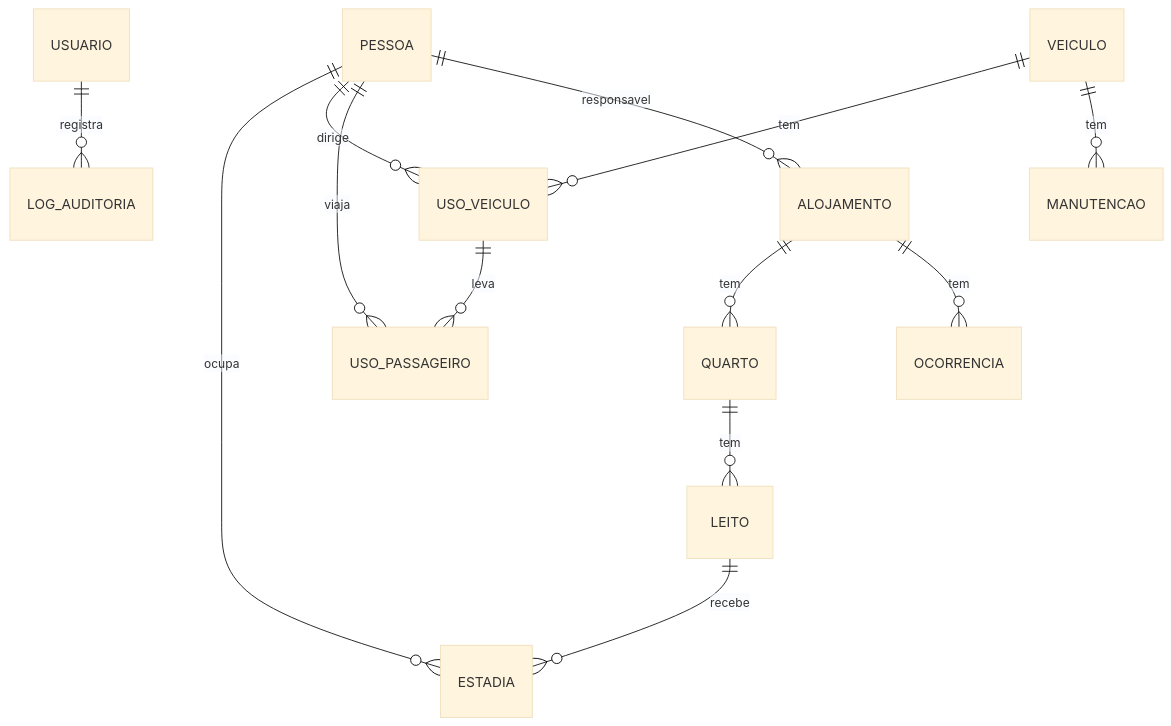
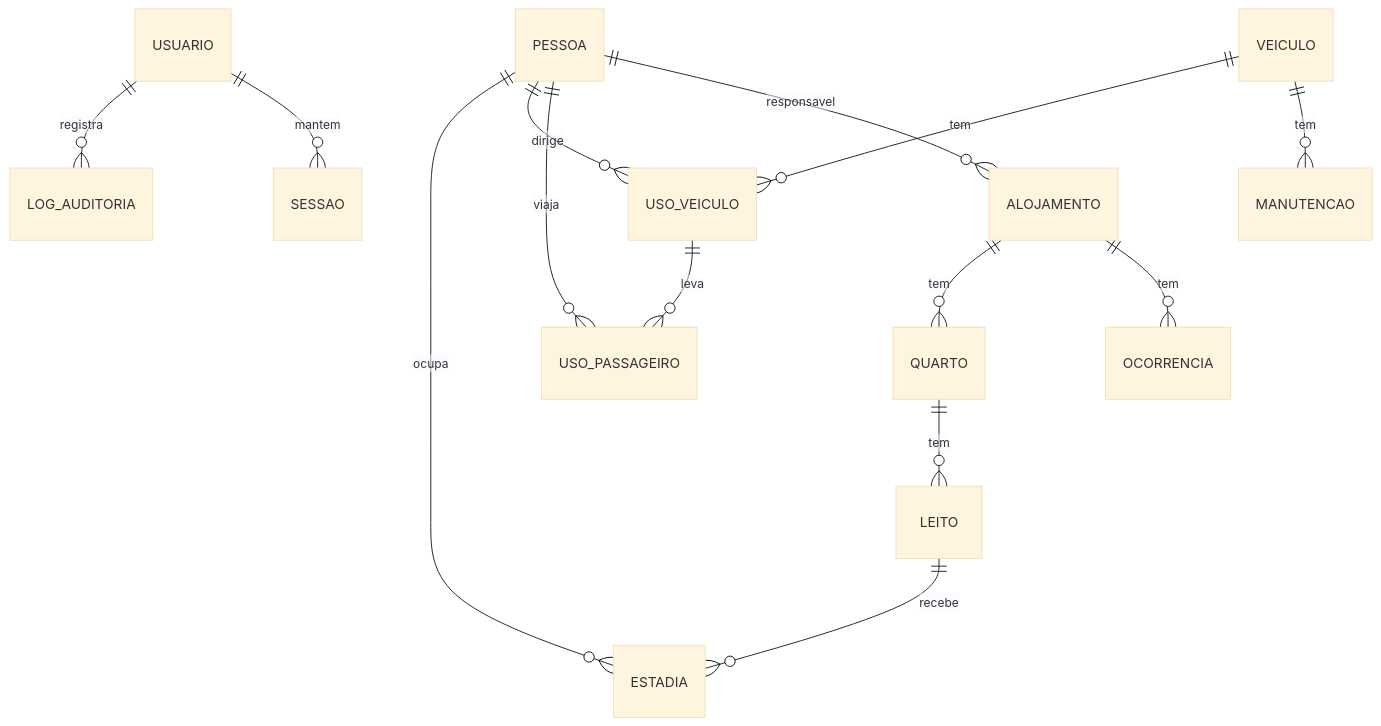
Before and after one commit to antoniossalomao/Dispatch_devcore: the second of 2 diagrams in docs/planejamento.md, drawn with Mermaid (base theme). The commit also changed other lines of this file and 59 other files, not shown here.

````diff
--- a/docs/planejamento.md
+++ b/docs/planejamento.md
@@ -182,15 +183,16 @@
 ```mermaid
 erDiagram
     USUARIO ||--o{ LOG_AUDITORIA : registra
+    USUARIO ||--o{ SESSAO : mantem
     PESSOA ||--o{ ESTADIA : ocupa
     PESSOA ||--o{ USO_VEICULO : dirige
     PESSOA ||--o{ USO_PASSAGEIRO : viaja
     PESSOA ||--o{ ALOJAMENTO : responsavel
     ALOJAMENTO ||--o{ QUARTO : tem
     ALOJAMENTO ||--o{ OCORRENCIA : tem
     QUARTO ||--o{ LEITO : tem
     LEITO ||--o{ ESTADIA : recebe
     VEICULO ||--o{ USO_VEICULO : tem
     VEICULO ||--o{ MANUTENCAO : tem
     USO_VEICULO ||--o{ USO_PASSAGEIRO : leva
 ```
````
